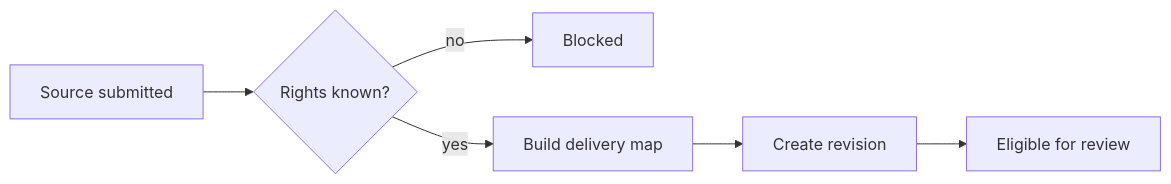
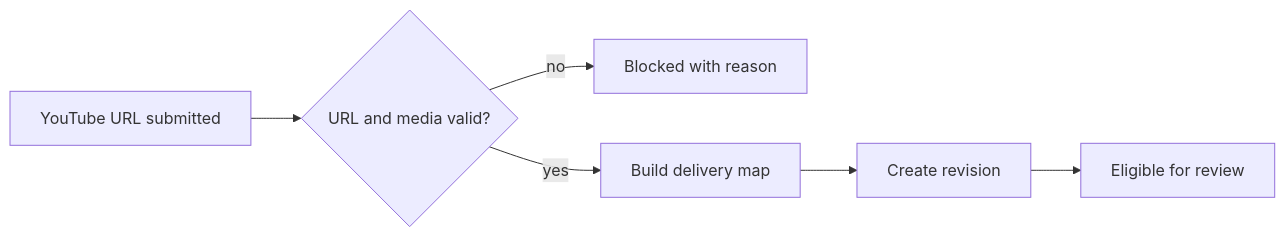
One commit to quyen244/free-scheduler changed the diagram in features/foundation_and_rights/spec.md. Above: the diagram before and after it, drawn with Mermaid. The commit also changed other lines of this file and 44 other files, not shown here.

````diff
--- a/features/foundation_and_rights/spec.md
+++ b/features/foundation_and_rights/spec.md
@@ -18,8 +19,8 @@
 ```mermaid
 flowchart LR
-    S[Source submitted] --> R{Rights known?}
-    R -- no --> B[Blocked]
+    S[YouTube URL submitted] --> R{URL and media valid?}
+    R -- no --> B[Blocked with reason]
     R -- yes --> M[Build delivery map]
     M --> V[Create revision]
     V --> Q[Eligible for review]
 ```
````
